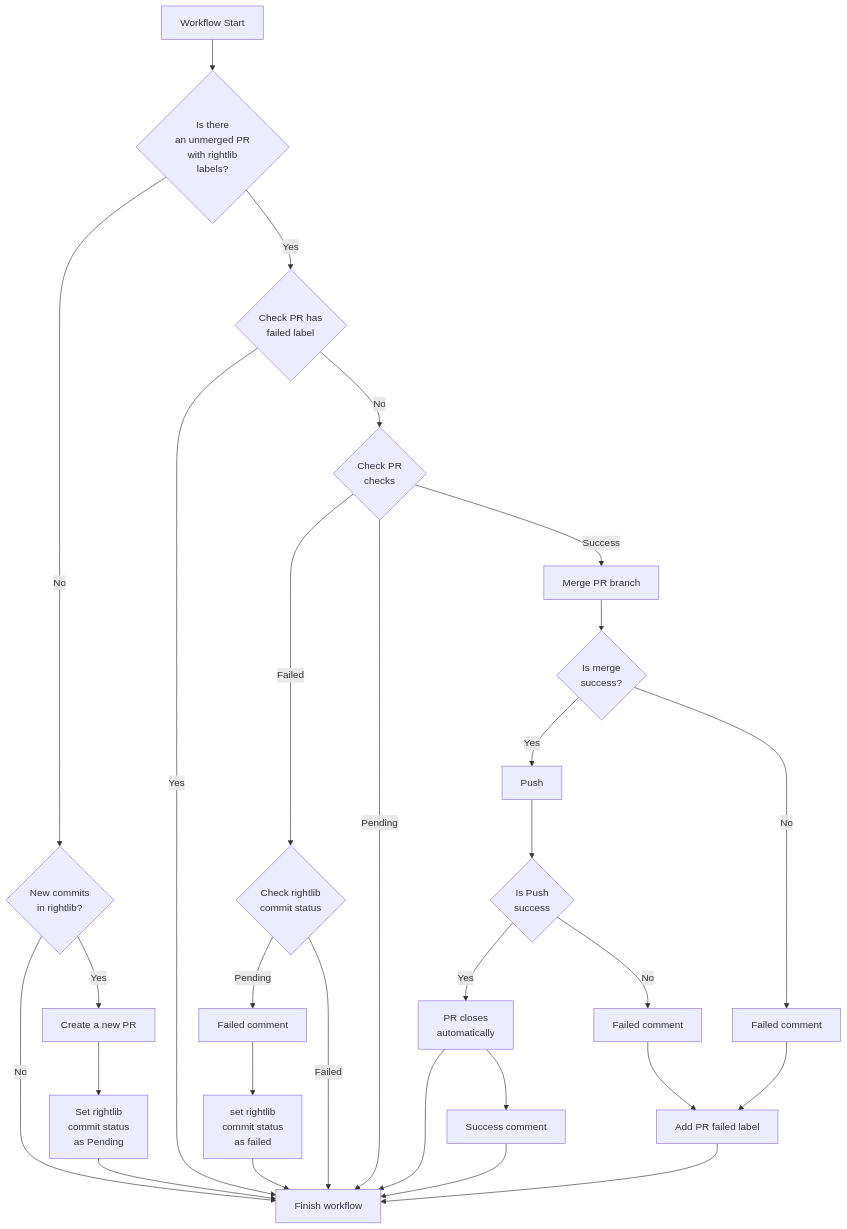
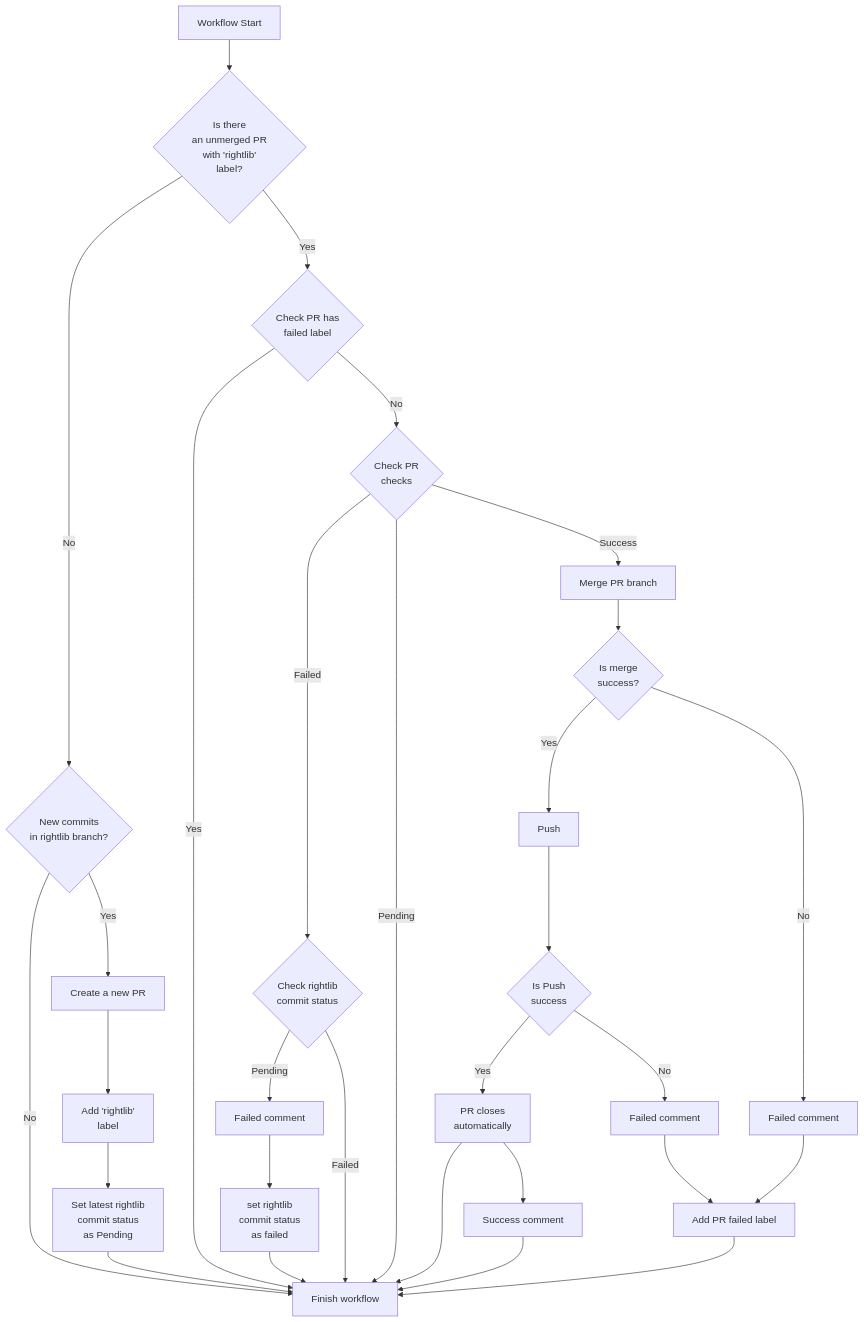
Before and after one commit to nikitka/ydb: the diagram in ydb/ci/rightlib/flowchart.md, drawn with Mermaid.

````diff
--- a/ydb/ci/rightlib/flowchart.md
+++ b/ydb/ci/rightlib/flowchart.md
@@ -1,34 +1,35 @@
 ```mermaid
 flowchart TB
-W[Workflow Start] --> CheckExistingPR{Is there<br/>an unmerged PR<br/>with rightlib<br/>labels?}
+W[Workflow Start] --> CheckExistingPR{Is there<br/>an unmerged PR<br/>with 'rightlib'<br/>label?}
 
-CheckExistingPR --> |No| RightlibCommitCheck{New commits<br>in rightlib?}
+CheckExistingPR --> |No| RightlibCommitCheck{New commits<br>in rightlib branch?}
     RightlibCommitCheck --> |No| Finish
     RightlibCommitCheck --> |Yes| CreatePR[Create a new PR]
-        CreatePR --> SetRightlibCommitStatusPending[Set rightlib<br/>commit status<br/> as Pending]
+        CreatePR --> AddRightlibLabel[Add 'rightlib'<br/> label]
+    AddRightlibLabel --> SetRightlibCommitStatusPending[Set latest rightlib<br/>commit status<br/> as Pending]
             SetRightlibCommitStatusPending --> Finish[Finish workflow]
 
 CheckExistingPR --> |Yes| CheckPrFailedLabel{Check PR has<br/>failed label}
 CheckPrFailedLabel --> |Yes| Finish
 CheckPrFailedLabel --> |No| CheckPRChecks{Check PR<br/>checks}
 CheckPRChecks --> |Failed| CheckRightlibCommitStatus{Check rightlib<br/>commit status}
 CheckRightlibCommitStatus --> |Pending| FailedComment[Failed comment]
 FailedComment --> MarkRefCommitAsFailed[set rightlib<br/>commit status<br/> as failed]
 MarkRefCommitAsFailed --> Finish
 CheckRightlibCommitStatus --> |Failed| Finish
 
 CheckPRChecks --> |Pending| Finish
 
 CheckPRChecks --> |Success| MergePR[Merge PR branch]
 MergePR --> IsMergeSuccess{Is merge<br/>success?}
 IsMergeSuccess --> |Yes| Push
 Push --> IsPushSuccess{Is Push<br/>success}
 IsPushSuccess --> |Yes| AutoPRClose[PR closes<br/>automatically] --> Finish
 AutoPRClose -->  SuccessComment[Success comment] --> Finish
 
 IsMergeSuccess --> |No| FailedMergeComment[Failed comment]
 FailedMergeComment --> AddPrFailedLabel[Add PR failed label]
 IsPushSuccess --> |No| FailedPushComment[Failed comment]
 FailedPushComment  --> AddPrFailedLabel
 AddPrFailedLabel --> Finish
 ```
````
